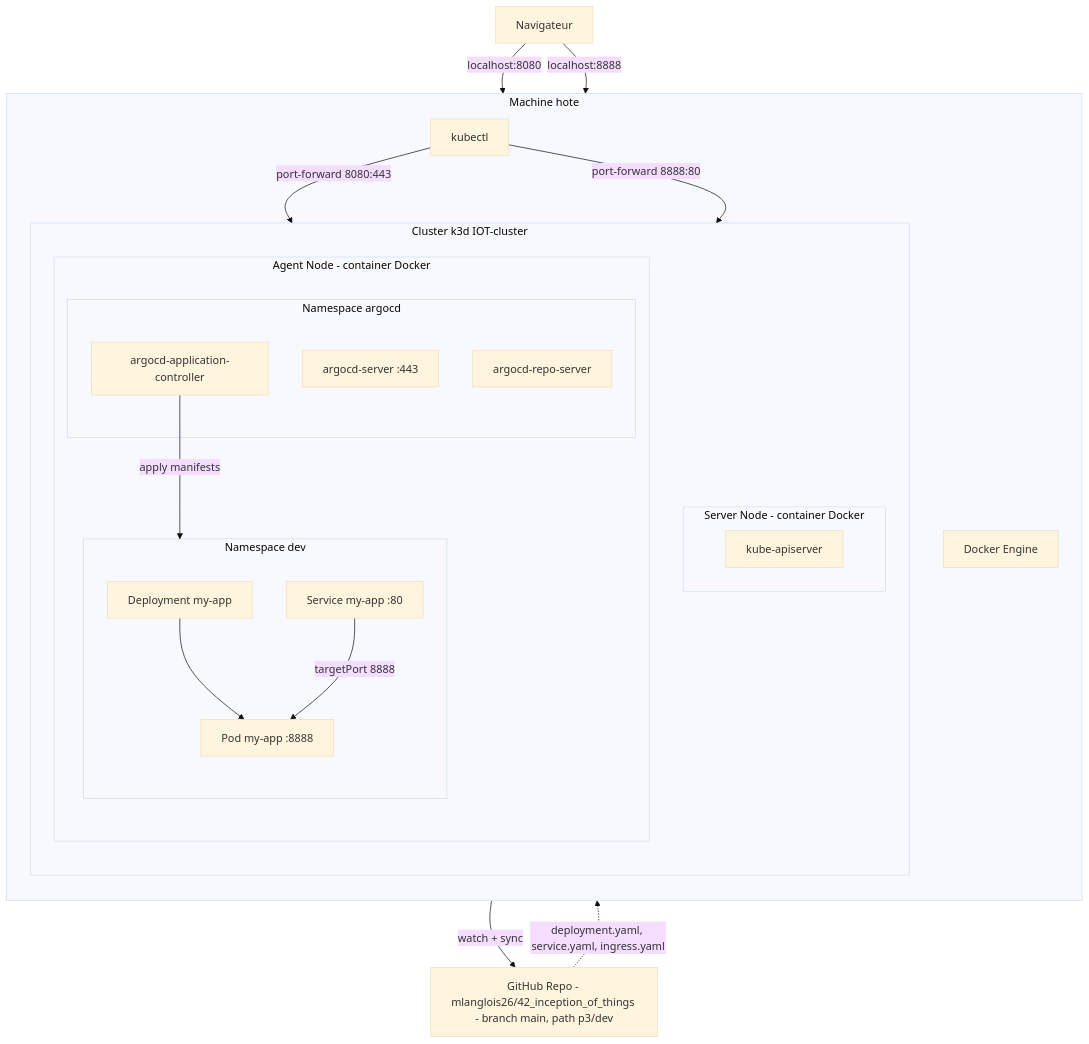
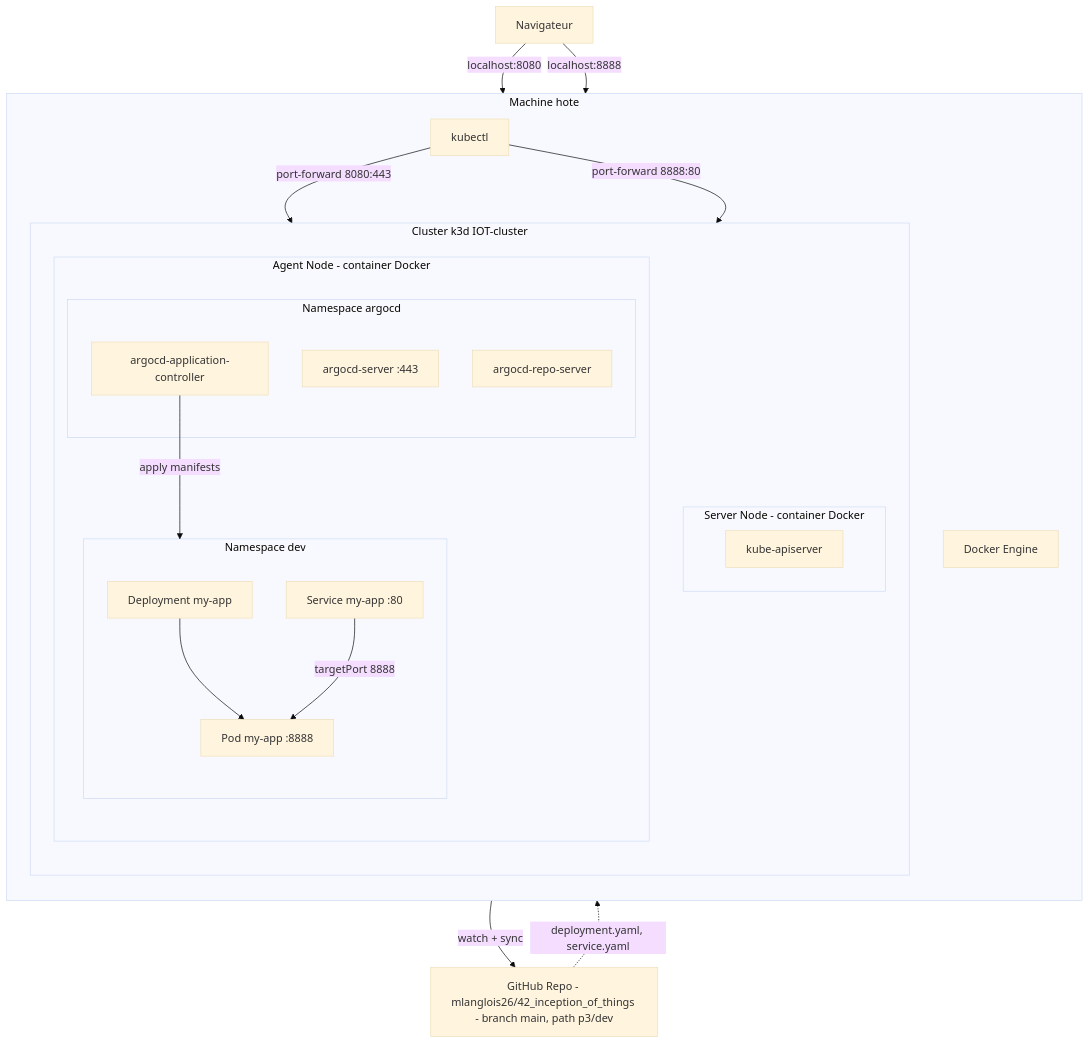
One commit to mlanglois26/42_inception_of_things changed the first of 3 diagrams in p3/README.md. Above: the diagram before and after it, drawn with Mermaid (base theme). The commit also changed other lines of this file and 2 other files, not shown here.

First line of the commit message:
docs(p3): add install.yaml visual recap, remove unused ingress files

````diff
--- a/p3/README.md
+++ b/p3/README.md
@@ -17,48 +17,48 @@
 ```mermaid
 graph TB
     subgraph Host["Machine hote"]
         direction TB
         Docker["Docker Engine"]
         kubectl["kubectl"]
 
         subgraph K3D["Cluster k3d IOT-cluster"]
             direction TB
 
             subgraph ServerNode["Server Node - container Docker"]
                 KubeAPI["kube-apiserver"]
             end
 
             subgraph AgentNode["Agent Node - container Docker"]
                 direction TB
 
                 subgraph NSargocd["Namespace argocd"]
                     argoServer["argocd-server :443"]
                     argoRepo["argocd-repo-server"]
                     argoController["argocd-application-controller"]
                 end
 
                 subgraph NSdev["Namespace dev"]
                     DeployMyApp["Deployment my-app"]
                     PodMyApp["Pod my-app :8888"]
                     SvcMyApp["Service my-app :80"]
                 end
             end
         end
     end
 
     GitHub["GitHub Repo - mlanglois26/42_inception_of_things - branch main, path p3/dev"]
     Browser["Navigateur"]
 
     argoController -->|"watch + sync"| GitHub
-    GitHub -.->|"deployment.yaml, service.yaml, ingress.yaml"| argoController
+    GitHub -.->|"deployment.yaml, service.yaml"| argoController
     argoController -->|"apply manifests"| NSdev
 
     DeployMyApp --> PodMyApp
     SvcMyApp -->|"targetPort 8888"| PodMyApp
 
     Browser -->|"localhost:8080"| argoServer
     Browser -->|"localhost:8888"| SvcMyApp
 
     kubectl -->|"port-forward 8080:443"| argoServer
     kubectl -->|"port-forward 8888:80"| SvcMyApp
 ```
````
